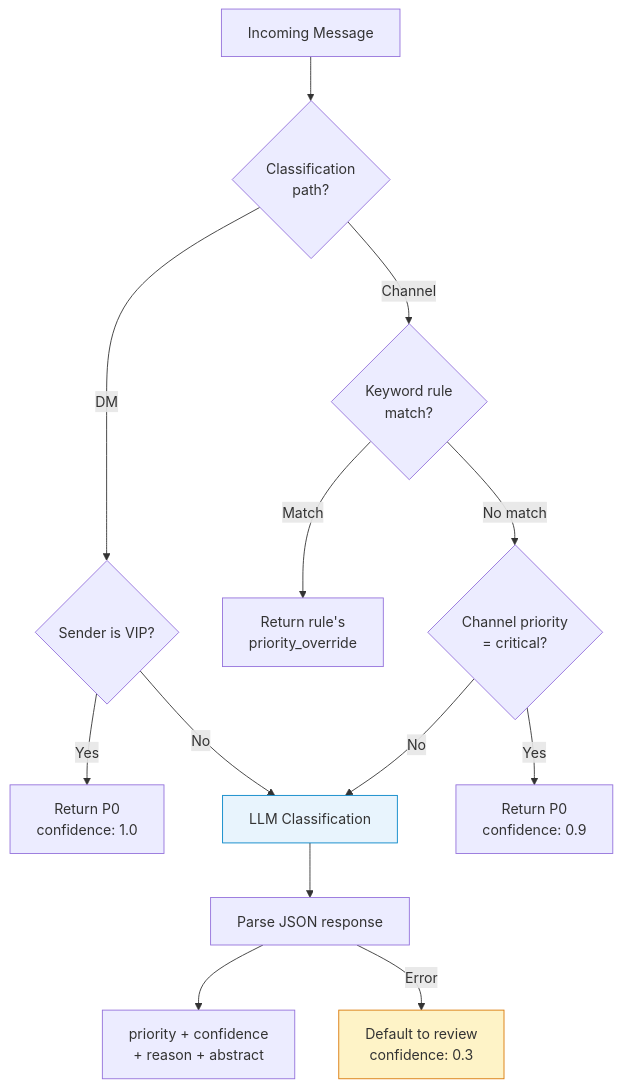
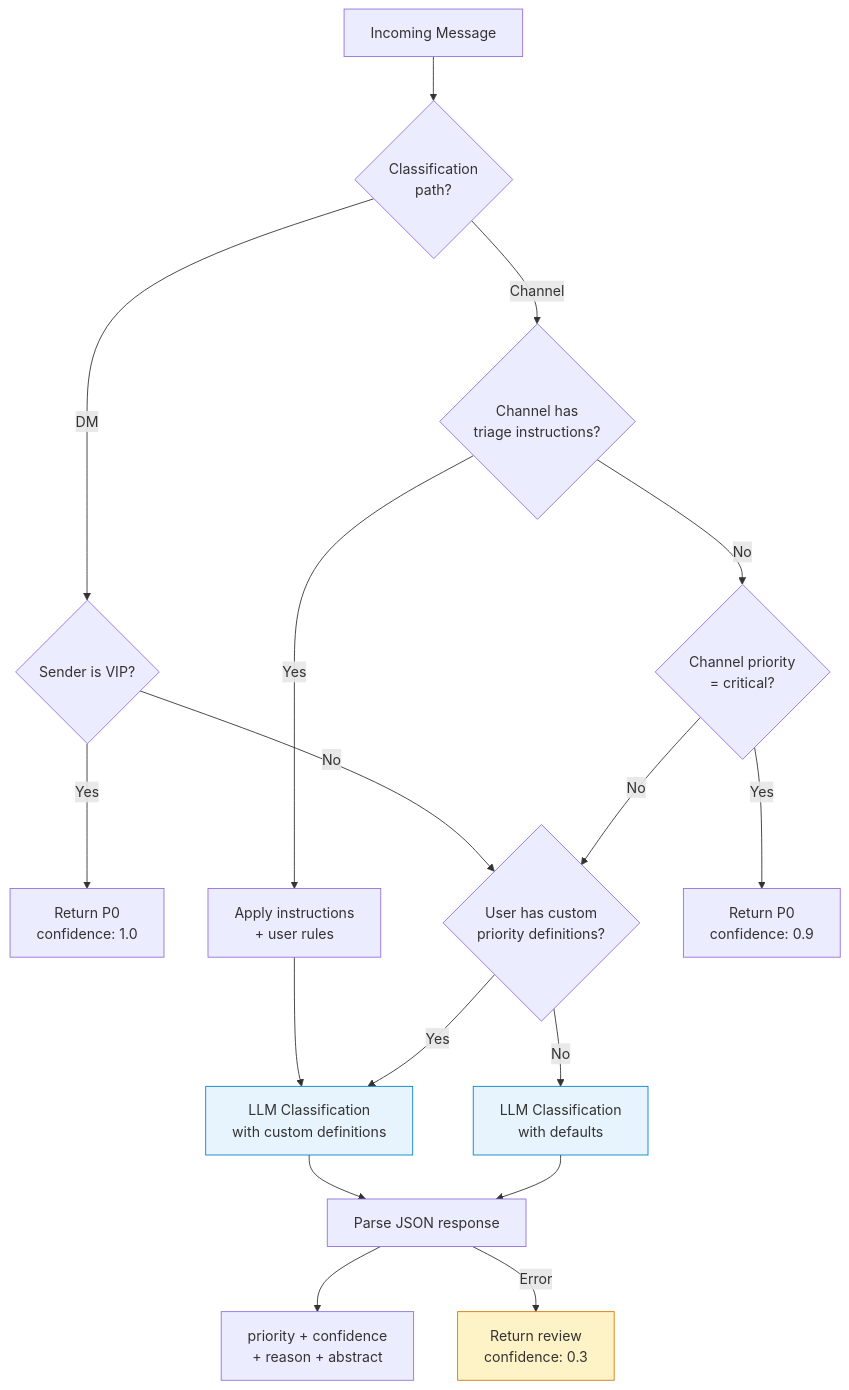
The second of 7 diagrams in .claude/diagrams/triage-flow.md (tekkno89/alfred-pa), drawn with Mermaid before and after one commit. The commit also changed other lines of this file and 2 other files, not shown here.

First line of the commit message:
docs: update triage docs for P0-P3 system and fix sandbox image build

````diff
--- a/.claude/diagrams/triage-flow.md
+++ b/.claude/diagrams/triage-flow.md
@@ -42,18 +44,23 @@
 ```mermaid
 flowchart TD
     MSG[Incoming Message] --> PATH{Classification<br/>path?}
     PATH -->|DM| VIP{Sender is VIP?}
-    PATH -->|Channel| KW{Keyword rule<br/>match?}
+    PATH -->|Channel| INST{Channel has<br/>triage instructions?}
     VIP -->|Yes| U1[Return P0<br/>confidence: 1.0]
-    VIP -->|No| LLM[LLM Classification]
-    KW -->|Match| OV[Return rule's<br/>priority_override]
-    KW -->|No match| CPRI{Channel priority<br/>= critical?}
+    VIP -->|No| CUST{User has custom<br/>priority definitions?}
+    INST -->|Yes| GUIDE[Apply instructions<br/>+ user rules]
+    INST -->|No| CPRI{Channel priority<br/>= critical?}
     CPRI -->|Yes| U2[Return P0<br/>confidence: 0.9]
-    CPRI -->|No| LLM
+    CPRI -->|No| CUST
+    GUIDE --> LLM
+    CUST -->|Yes| LLM[LLM Classification<br/>with custom definitions]
+    CUST -->|No| LLM2[LLM Classification<br/>with defaults]
     LLM --> PARSE[Parse JSON response]
+    LLM2 --> PARSE
     PARSE --> RES[priority + confidence<br/>+ reason + abstract]
-    PARSE -->|Error| FALLBACK[Default to review<br/>confidence: 0.3]
+    PARSE -->|Error| FALLBACK[Return review<br/>confidence: 0.3]
 
     style LLM fill:#e8f4fd,stroke:#0284c7
+    style LLM2 fill:#e8f4fd,stroke:#0284c7
     style FALLBACK fill:#fef3c7,stroke:#d97706
 ```
````
